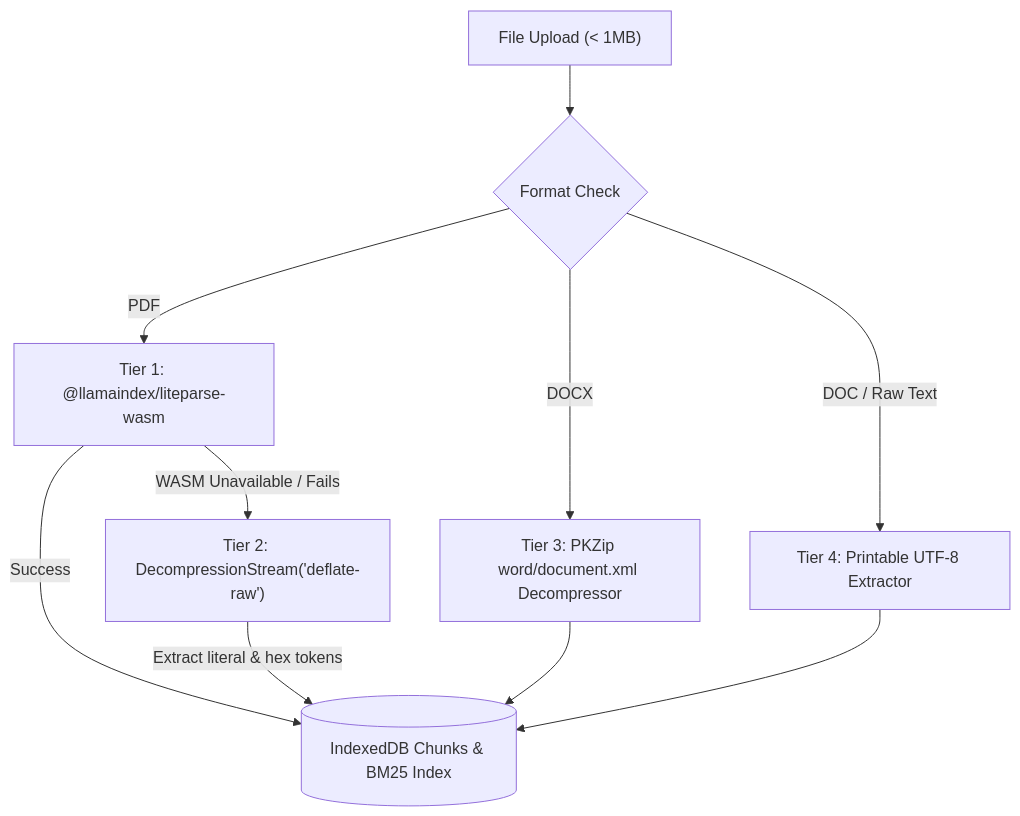
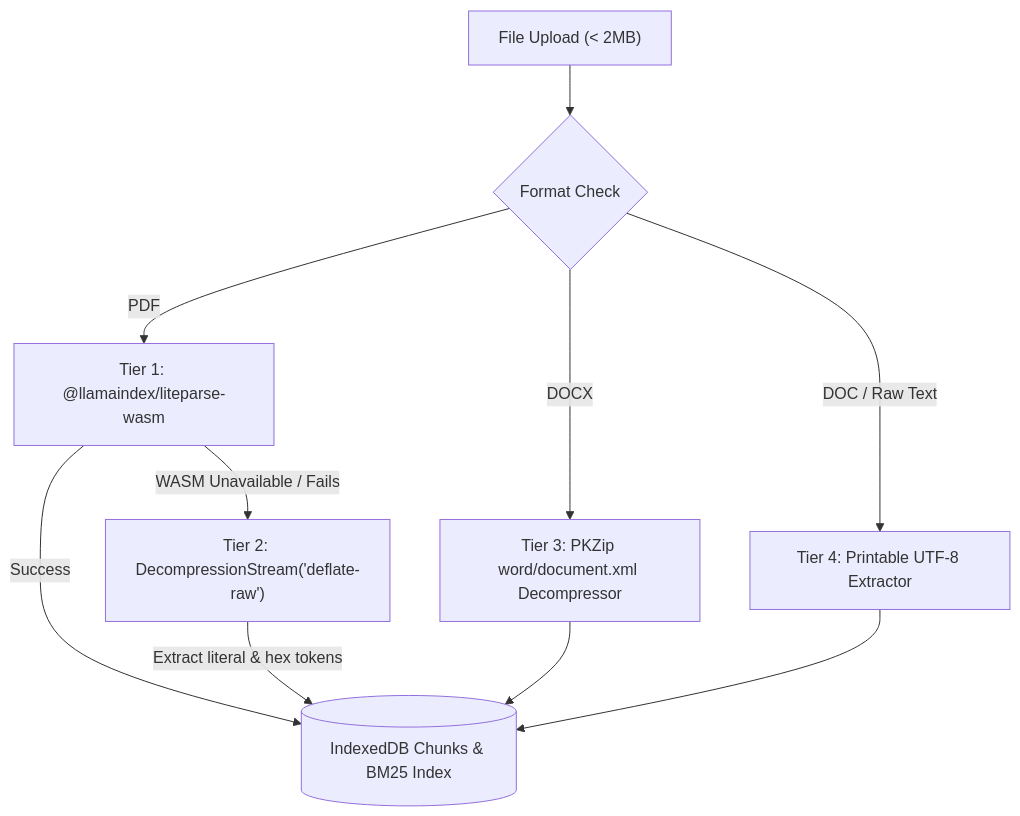
One commit to AmritSDutta/b_aassistant changed the diagram in docs/liteparse-research.mdx. Above: the diagram before and after it, drawn with Mermaid. The commit also changed 14 other files, not shown here.

````diff
--- a/docs/liteparse-research.mdx
+++ b/docs/liteparse-research.mdx
@@ -62,12 +62,12 @@
 ```mermaid
 flowchart TD
-  Upload["File Upload (< 1MB)"] --> CheckFormat{"Format Check"}
+  Upload["File Upload (< 2MB)"] --> CheckFormat{"Format Check"}
   CheckFormat -->|PDF| WASM["Tier 1: @llamaindex/liteparse-wasm"]
   WASM -->|Success| IndexedDB[("IndexedDB Chunks & BM25 Index")]
   WASM -->|WASM Unavailable / Fails| StreamParser["Tier 2: DecompressionStream('deflate-raw')"]
   StreamParser -->|Extract literal & hex tokens| IndexedDB
   CheckFormat -->|DOCX| ZipParser["Tier 3: PKZip word/document.xml Decompressor"]
   ZipParser --> IndexedDB
   CheckFormat -->|DOC / Raw Text| TextParser["Tier 4: Printable UTF-8 Extractor"]
   TextParser --> IndexedDB
 ```
````
